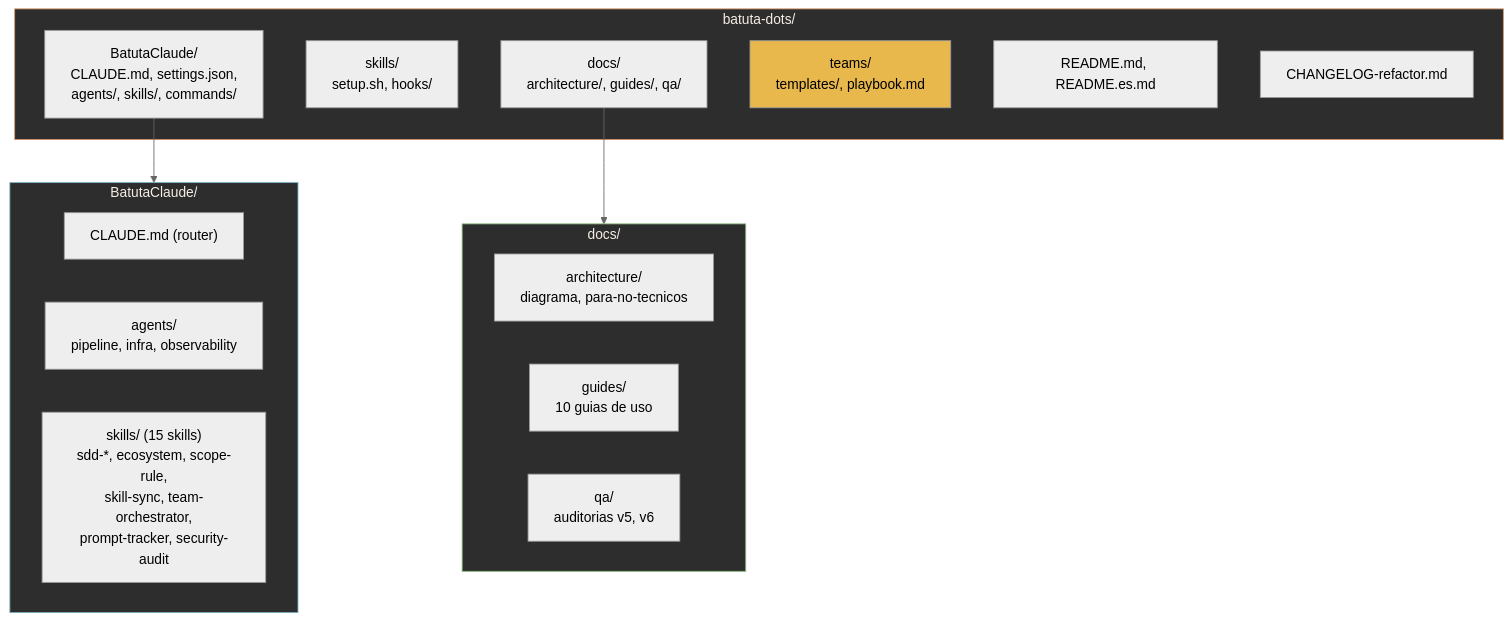
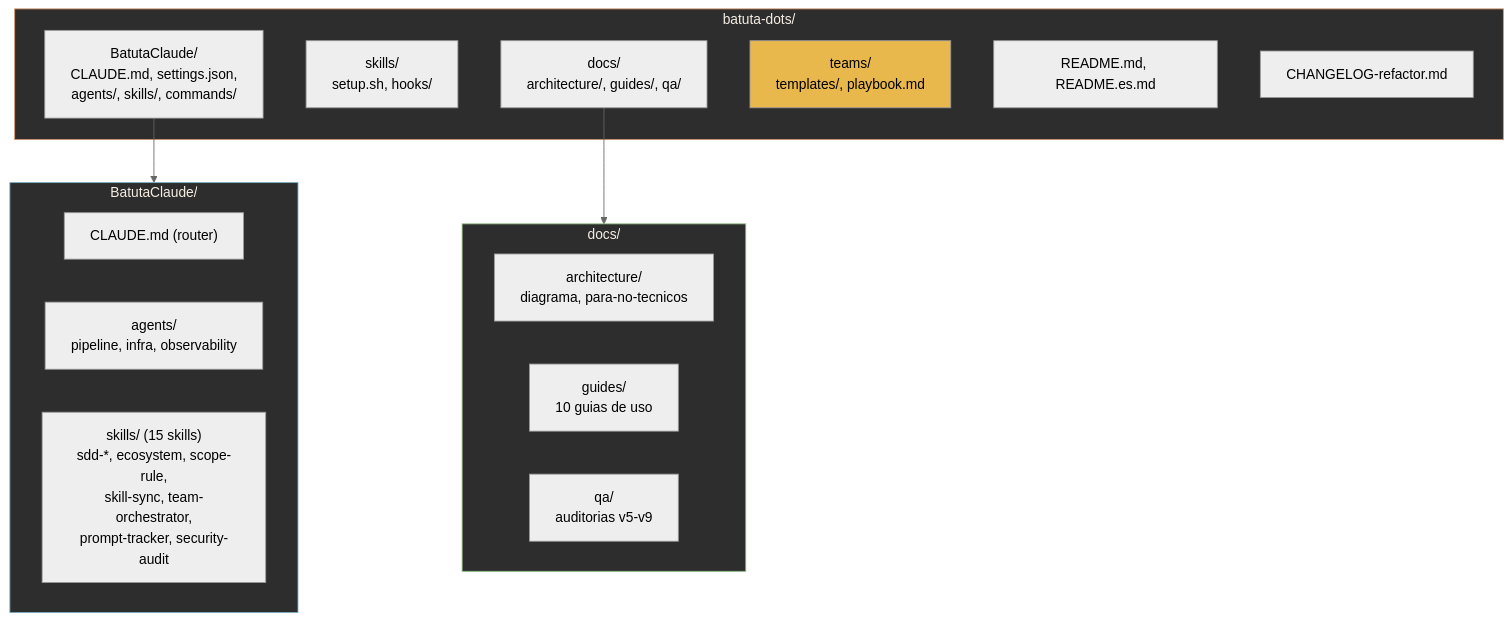
One commit to jota-batuta/batuta-dots changed diagram 23 of 23 in docs/architecture/arquitectura-diagrama.md. Above: the diagram before and after it, drawn with Mermaid (neutral theme). The commit also changed other lines of this file and 3 other files, not shown here.

First line of the commit message:
fix(docs): update QA file tree, diagram count, infra-agent skill count

````diff
--- a/docs/architecture/arquitectura-diagrama.md
+++ b/docs/architecture/arquitectura-diagrama.md
@@ -830,31 +830,31 @@
 ```mermaid
 flowchart TD
     subgraph ROOT["batuta-dots/"]
         CLAUDE_DIR["BatutaClaude/<br/>CLAUDE.md, settings.json,<br/>agents/, skills/, commands/"]
         SKILLS_DIR["skills/<br/>setup.sh, hooks/"]
         DOCS["docs/<br/>architecture/, guides/, qa/"]
         TEAMS["teams/<br/>templates/, playbook.md"]
         README["README.md, README.es.md"]
         CHANGELOG["CHANGELOG-refactor.md"]
     end
 
     subgraph CLAUDE_DETAIL["BatutaClaude/"]
         CLAUDE_MD["CLAUDE.md (router)"]
         AGENTS["agents/<br/>pipeline, infra, observability"]
         SKILLS_15["skills/ (15 skills)<br/>sdd-*, ecosystem, scope-rule,<br/>skill-sync, team-orchestrator,<br/>prompt-tracker, security-audit"]
     end
 
     subgraph DOCS_DETAIL["docs/"]
         ARCH["architecture/<br/>diagrama, para-no-tecnicos"]
         GUIDES["guides/<br/>10 guias de uso"]
-        QA["qa/<br/>auditorias v5, v6"]
+        QA["qa/<br/>auditorias v5-v9"]
     end
 
     CLAUDE_DIR --> CLAUDE_DETAIL
     DOCS --> DOCS_DETAIL
 
     style ROOT fill:#2d2d2d,stroke:#D4956A,color:#F5EDE4
     style CLAUDE_DETAIL fill:#2d2d2d,stroke:#7AAFC4,color:#F5EDE4
     style DOCS_DETAIL fill:#2d2d2d,stroke:#8BB87A,color:#F5EDE4
     style TEAMS fill:#E8B84D,color:#000
 ```
````
